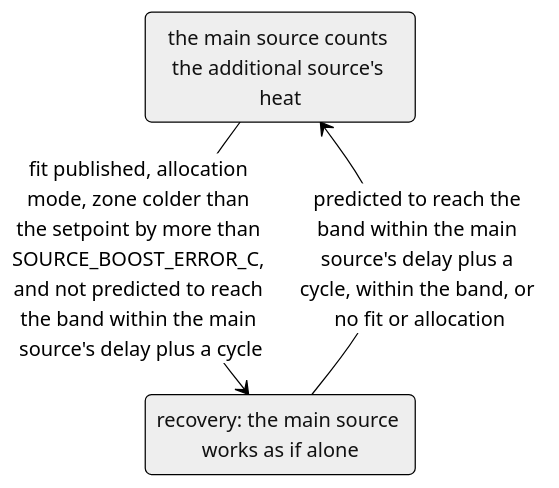
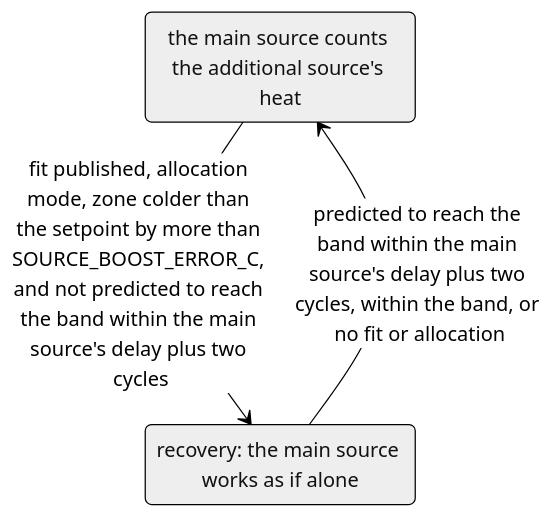
Before and after one commit to Shadow-230/vtherm_smartpi: the eighth of 11 diagrams in documentation/en/zone_dependencies.md, drawn with Mermaid (neutral theme). The commit also changed other lines of this file and 26 other files, not shown here.

````diff
--- a/documentation/en/zone_dependencies.md
+++ b/documentation/en/zone_dependencies.md
@@ -884,7 +893,7 @@
 ```mermaid
 stateDiagram-v2
     state "the main source counts the additional source's heat" as Counted
     state "recovery: the main source works as if alone" as Boost
-    Counted --> Boost: fit published, allocation mode, zone colder than the setpoint by more than SOURCE_BOOST_ERROR_C, and not predicted to reach the band within the main source's delay plus a cycle
-    Boost --> Counted: predicted to reach the band within the main source's delay plus a cycle, within the band, or no fit or allocation
+    Counted --> Boost: fit published, allocation mode, zone colder than the setpoint by more than SOURCE_BOOST_ERROR_C, and not predicted to reach the band within the main source's delay plus two cycles
+    Boost --> Counted: predicted to reach the band within the main source's delay plus two cycles, within the band, or no fit or allocation
 ```
````
